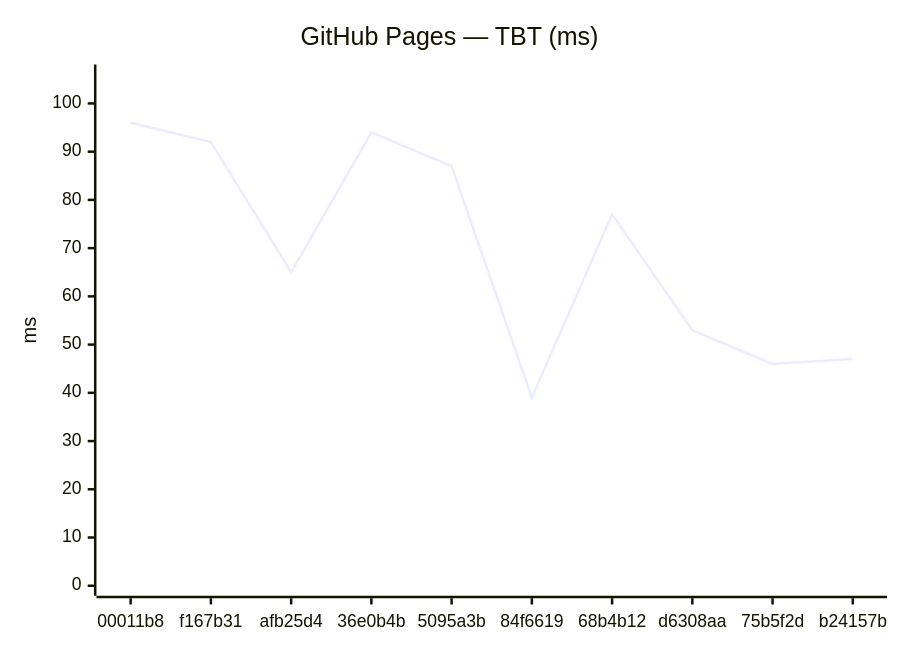
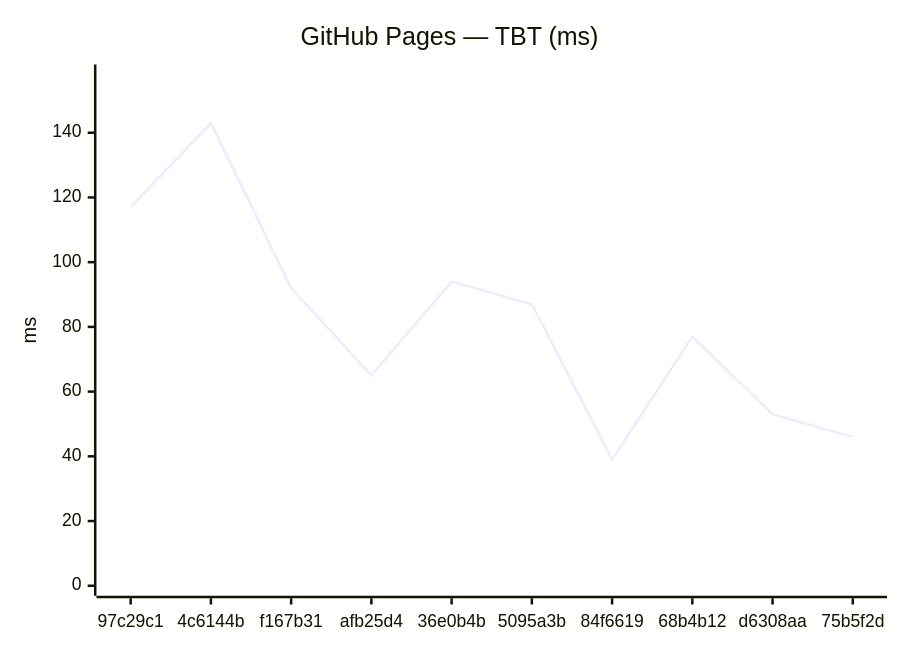
The fourth of 18 diagrams in benchmarks/compare.md (Metaheurist/Rianell), drawn with Mermaid before and after one commit. The commit also changed other lines of this file and 11 other files, not shown here.

````diff
--- a/benchmarks/compare.md
+++ b/benchmarks/compare.md
@@ -61,7 +61,7 @@
 ```mermaid
 xychart-beta
     title "GitHub Pages — TBT (ms)"
-    x-axis ["00011b8", "f167b31", "afb25d4", "36e0b4b", "5095a3b", "84f6619", "68b4b12", "d6308aa", "75b5f2d", "b24157b"]
-    y-axis "ms" 0 --> 106
-    line [96, 92, 65, 94, 87, 39, 77, 53, 46, 47]
+    x-axis ["97c29c1", "4c6144b", "f167b31", "afb25d4", "36e0b4b", "5095a3b", "84f6619", "68b4b12", "d6308aa", "75b5f2d"]
+    y-axis "ms" 0 --> 158
+    line [117, 143, 92, 65, 94, 87, 39, 77, 53, 46]
 ```
````
